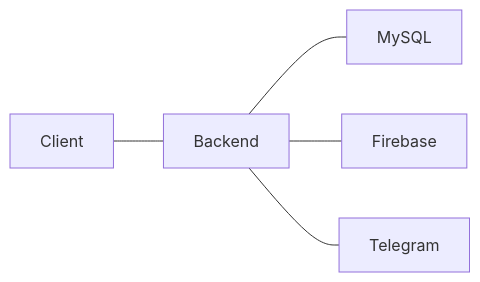
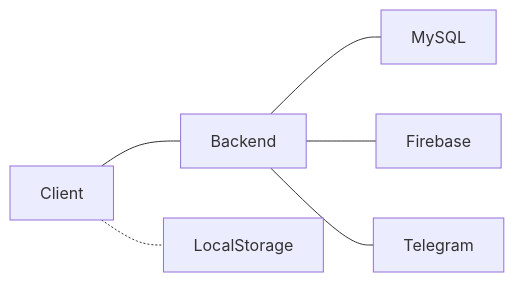
Before and after one commit to andreashsy/transport-app: the diagram in README.md, drawn with Mermaid.

````diff
--- a/README.md
+++ b/README.md
@@ -17,7 +17,8 @@
 ```mermaid
 flowchart LR;
     Client---Backend;
+    Client-.-LocalStorage;
     Backend---MySQL;
     Backend---Firebase;
     Backend---Telegram;
 ```
````
